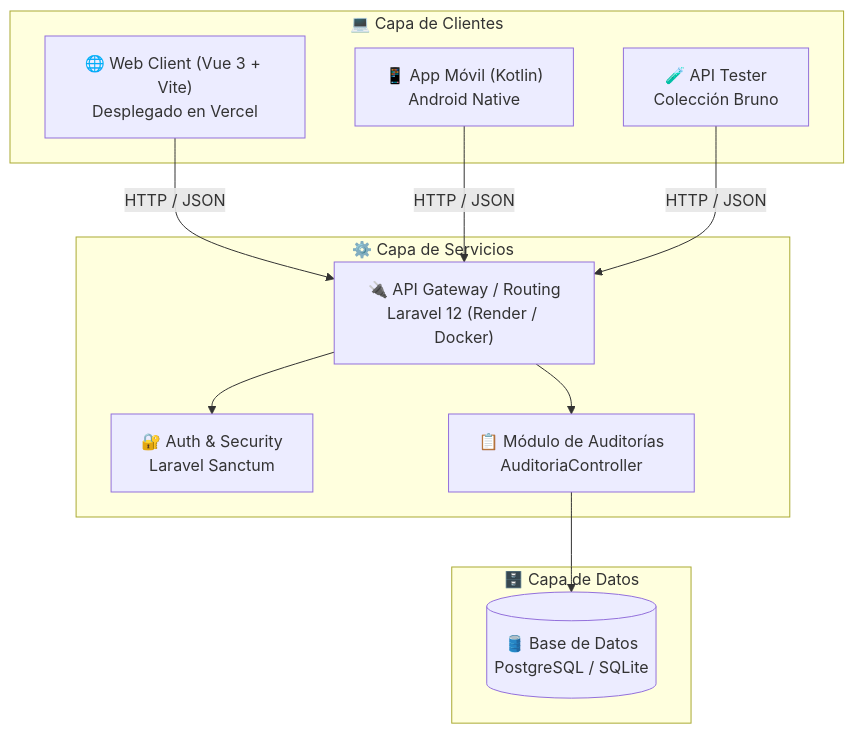
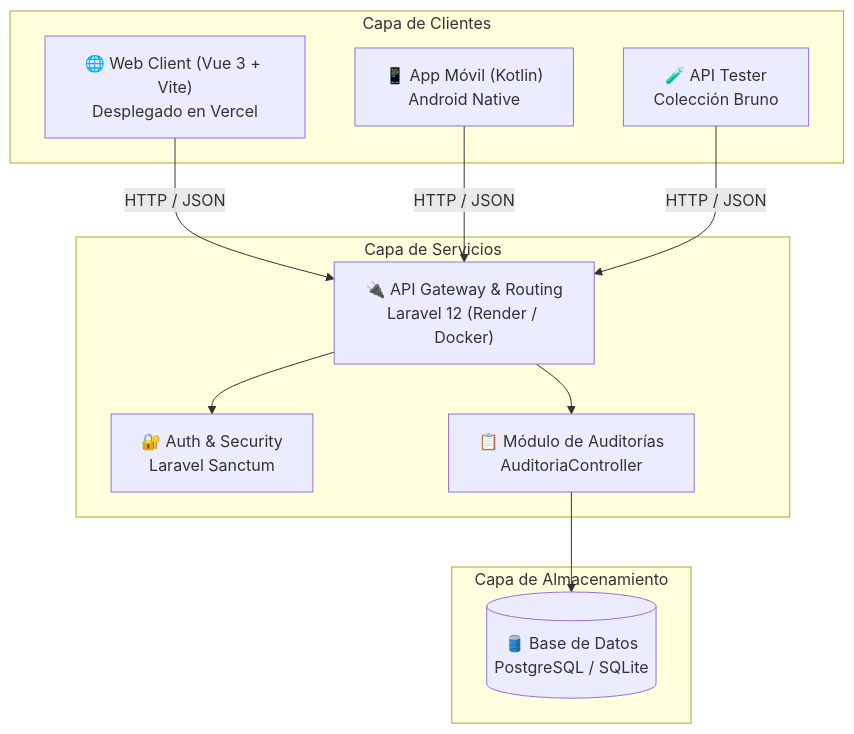
Before and after one commit to Coria322/hospital-vitae-monorepo: the first of 3 diagrams in README.md, drawn with Mermaid. The commit also changed other lines of this file, not shown here.

Commit message:
style: optimize mermaid subgraph titles and clean spacing

````diff
--- a/README.md
+++ b/README.md
@@ -18,25 +18,25 @@
 ```mermaid
 graph TD
-    subgraph Clientes["💻 Capa de Clientes"]
+    subgraph Clientes ["Capa de Clientes"]
         Web["🌐 Web Client (Vue 3 + Vite)<br/>Desplegado en Vercel"]
         Mobile["📱 App Móvil (Kotlin)<br/>Android Native"]
         Bruno["🧪 API Tester<br/>Colección Bruno"]
     end
 
-    subgraph Backend["⚙️ Capa de Servicios"]
-        API["🔌 API Gateway / Routing<br/>Laravel 12 (Render / Docker)"]
+    subgraph Servicios ["Capa de Servicios"]
+        API["🔌 API Gateway & Routing<br/>Laravel 12 (Render / Docker)"]
         Sanctum["🔐 Auth & Security<br/>Laravel Sanctum"]
         AuditModule["📋 Módulo de Auditorías<br/>AuditoriaController"]
     end
 
-    subgraph Almacenamiento["🗄️ Capa de Datos"]
-        DB[(🛢️ Base de Datos<br/>PostgreSQL / SQLite)]
+    subgraph Datos ["Capa de Almacenamiento"]
+        DB[("🛢️ Base de Datos<br/>PostgreSQL / SQLite")]
     end
 
     Web -->|HTTP / JSON| API
     Mobile -->|HTTP / JSON| API
     Bruno -->|HTTP / JSON| API
     API --> Sanctum
     API --> AuditModule
     AuditModule --> DB
 ```
````
